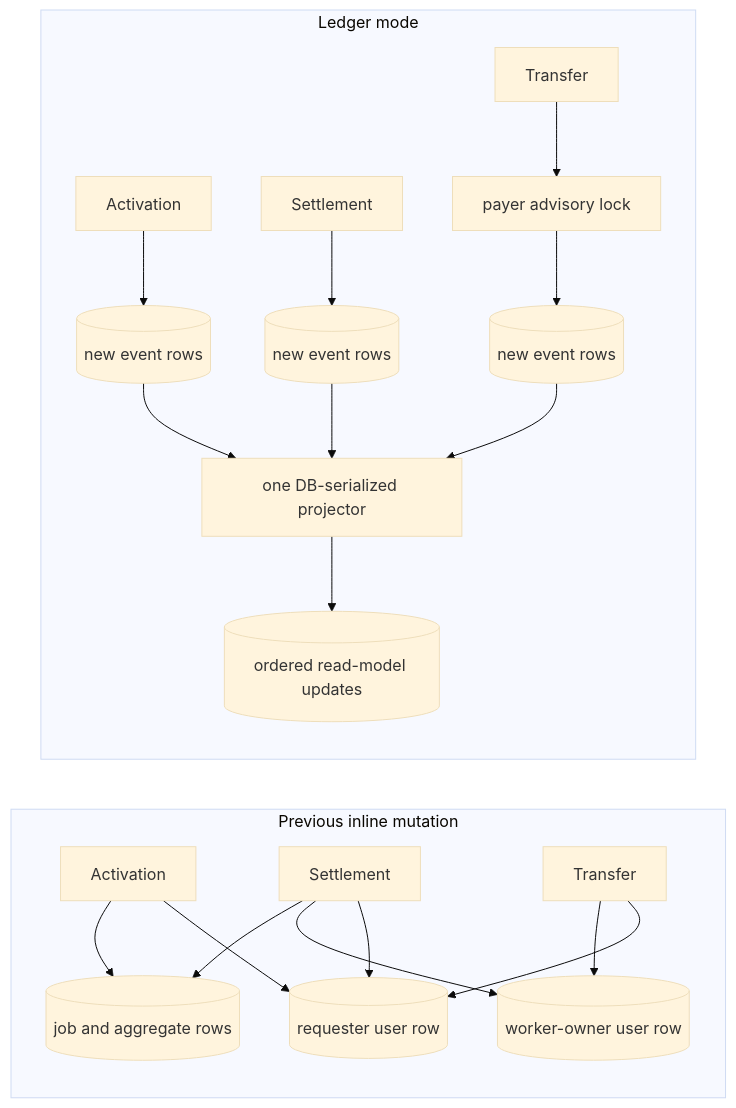
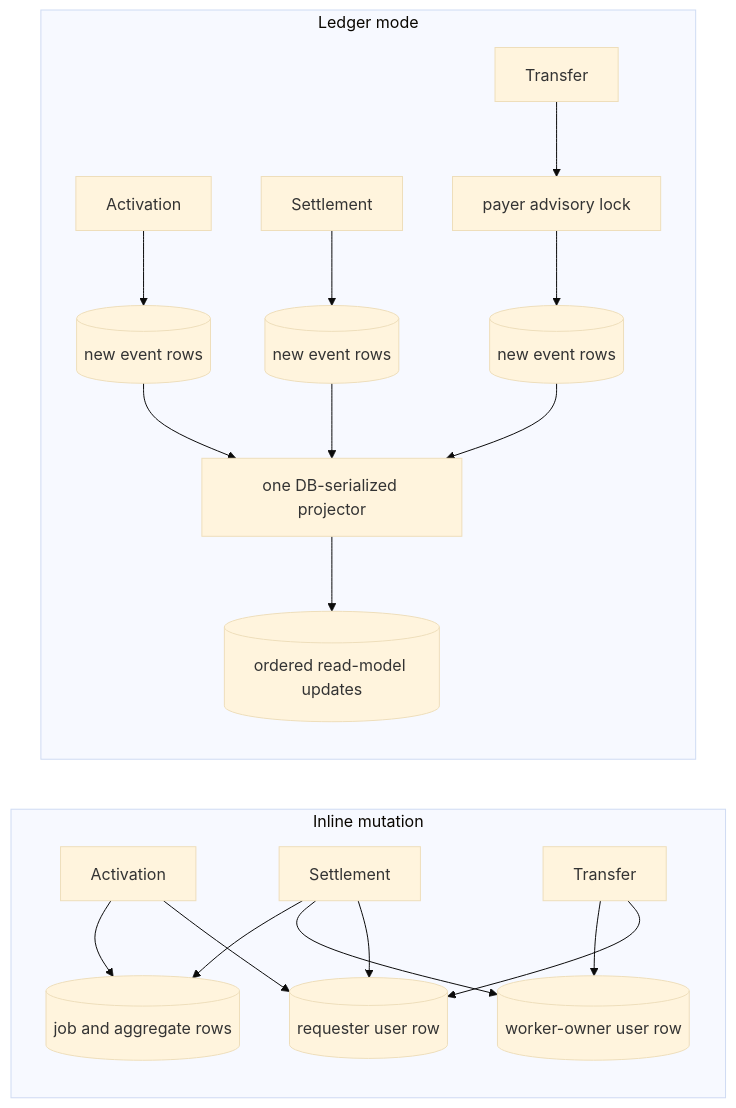
Before and after one commit to Haidra-Org/AI-Horde: the third of 4 diagrams in docs/explanation/kudos_accounting.md, drawn with Mermaid (base theme). The commit also changed other lines of this file and 8 other files, not shown here.

````diff
--- a/docs/explanation/kudos_accounting.md
+++ b/docs/explanation/kudos_accounting.md
@@ -193,23 +199,23 @@
 ```mermaid
 flowchart LR
-    subgraph Before[Previous inline mutation]
+    subgraph Inline[Inline mutation]
         A1[Activation] --> U1[(requester user row)]
         S1[Settlement] --> U1
         S1 --> U2[(worker-owner user row)]
         T1[Transfer] --> U1
         T1 --> U2
         S1 --> J1[(job and aggregate rows)]
         A1 --> J1
     end
 
-    subgraph After[Ledger mode]
+    subgraph Ledger[Ledger mode]
         A2[Activation] --> N1[(new event rows)]
         S2[Settlement] --> N2[(new event rows)]
         T2[Transfer] --> PL[payer advisory lock]
         PL --> N3[(new event rows)]
         AP[one DB-serialized projector] --> U3[(ordered read-model updates)]
         N1 --> AP
         N2 --> AP
         N3 --> AP
     end
 ```
````
